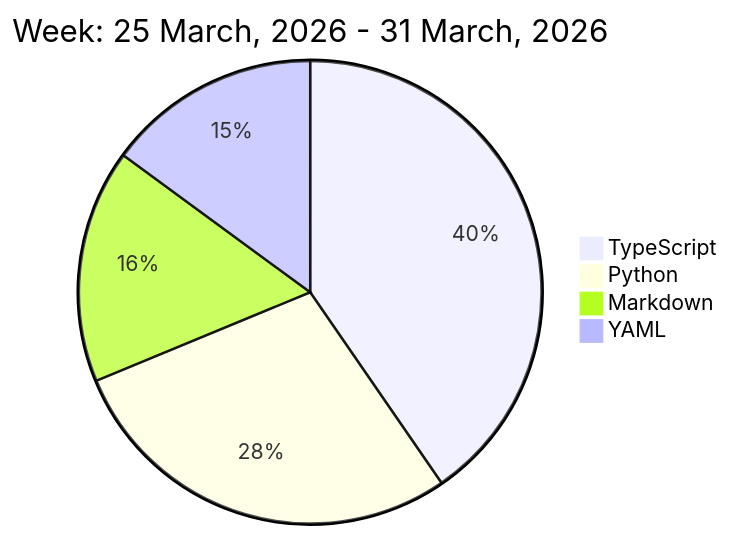
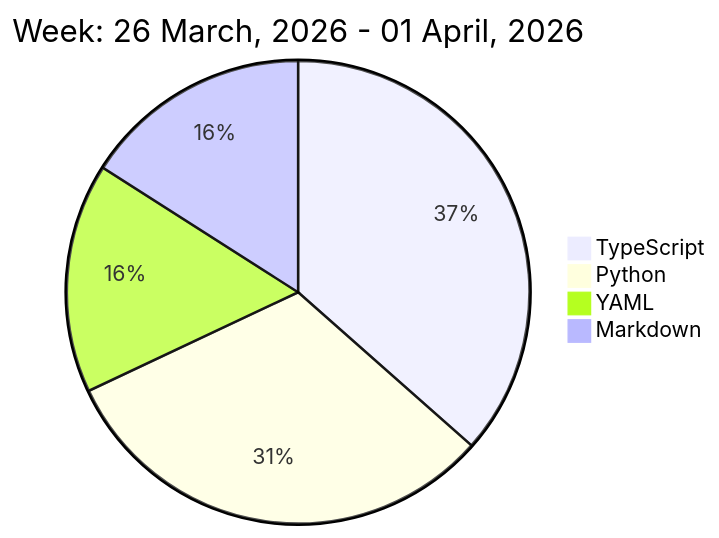
The diagram in README.md (liubin95/liubin95), drawn with Mermaid before and after one commit.

Commit message:
Updated the Graph with new Metrics

````diff
--- a/README.md
+++ b/README.md
@@ -32,8 +32,8 @@
 ```mermaid
  pie
-title Week: 25 March, 2026 - 31 March, 2026
- "TypeScript" : 5.87
- "Python" : 4.12
- "Markdown" : 2.37
- "YAML" : 2.17
+title Week: 26 March, 2026 - 01 April, 2026
+ "TypeScript" : 4.85
+ "Python" : 4.18
+ "YAML" : 2.13
+ "Markdown" : 2.12
 ```
````
